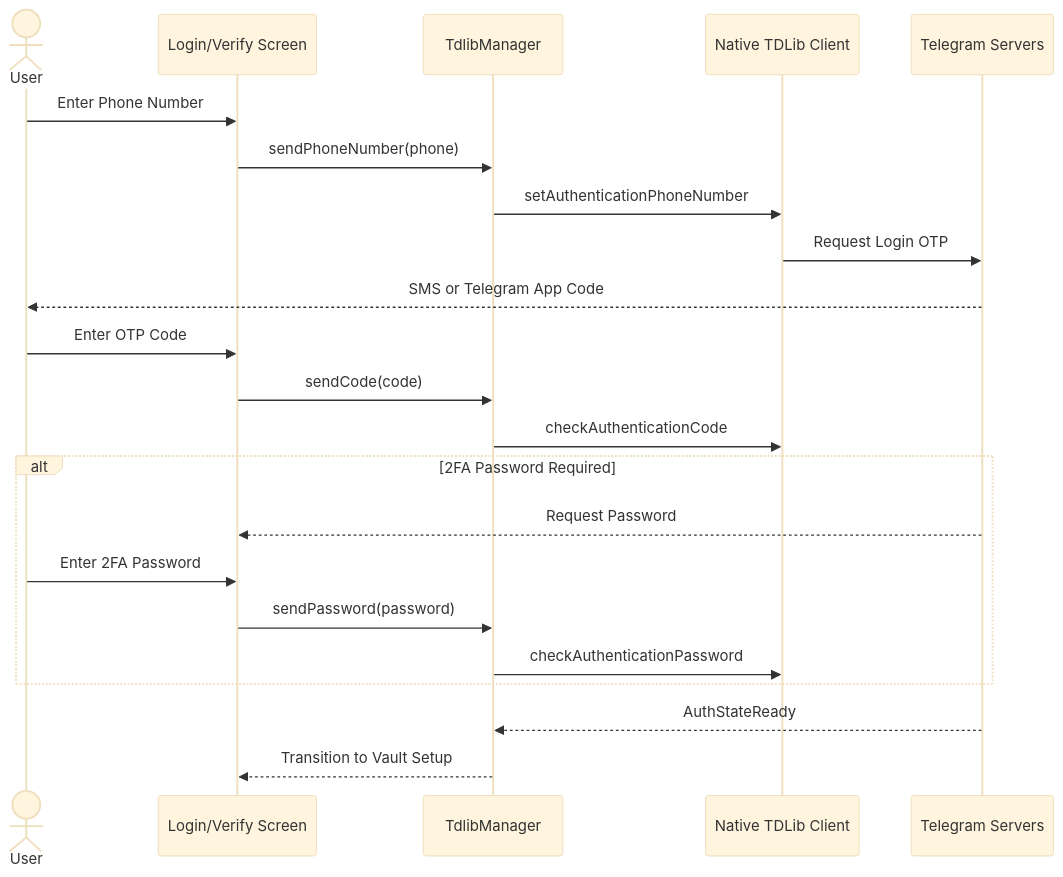
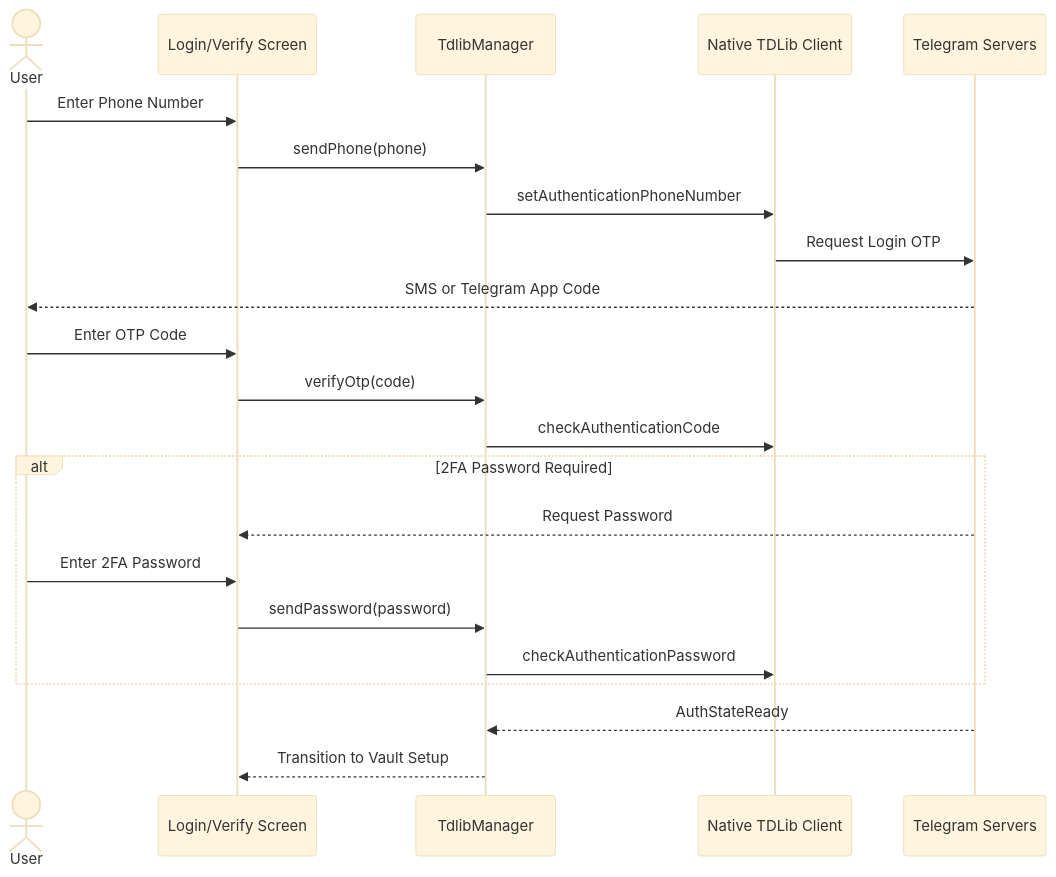
Before and after one commit to ssJvirtually/telegallery-android: the second of 7 diagrams in application_flows.md, drawn with Mermaid (base theme). The commit also changed other lines of this file and 111 other files, not shown here.

````diff
--- a/application_flows.md
+++ b/application_flows.md
@@ -35,26 +35,26 @@
 ```mermaid
 sequenceDiagram
     actor User
     participant UI as Login/Verify Screen
     participant Manager as TdlibManager
     participant TDLib as Native TDLib Client
     participant TG as Telegram Servers
 
     User->>UI: Enter Phone Number
-    UI->>Manager: sendPhoneNumber(phone)
+    UI->>Manager: sendPhone(phone)
     Manager->>TDLib: setAuthenticationPhoneNumber
     TDLib->>TG: Request Login OTP
     TG-->>User: SMS or Telegram App Code
 
     User->>UI: Enter OTP Code
-    UI->>Manager: sendCode(code)
+    UI->>Manager: verifyOtp(code)
     Manager->>TDLib: checkAuthenticationCode
     alt 2FA Password Required
         TG-->>UI: Request Password
         User->>UI: Enter 2FA Password
         UI->>Manager: sendPassword(password)
         Manager->>TDLib: checkAuthenticationPassword
     end
     TG-->>Manager: AuthStateReady
     Manager-->>UI: Transition to Vault Setup
 ```
````
